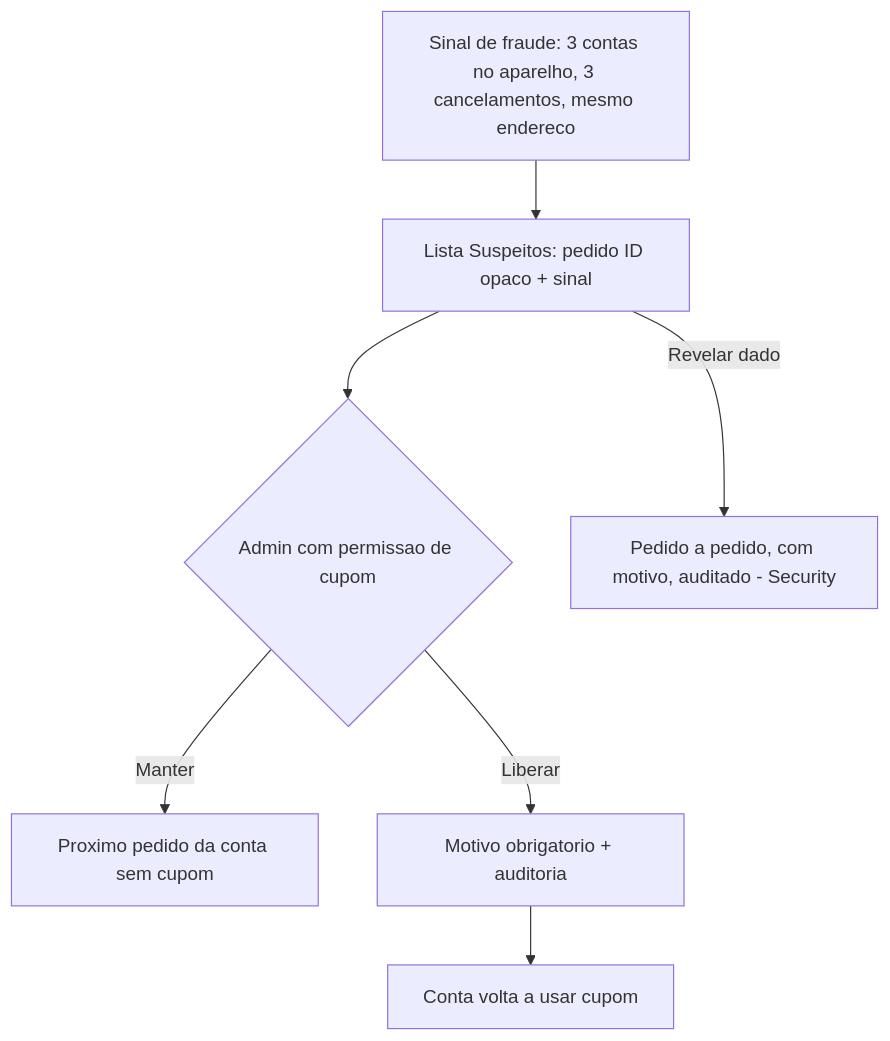
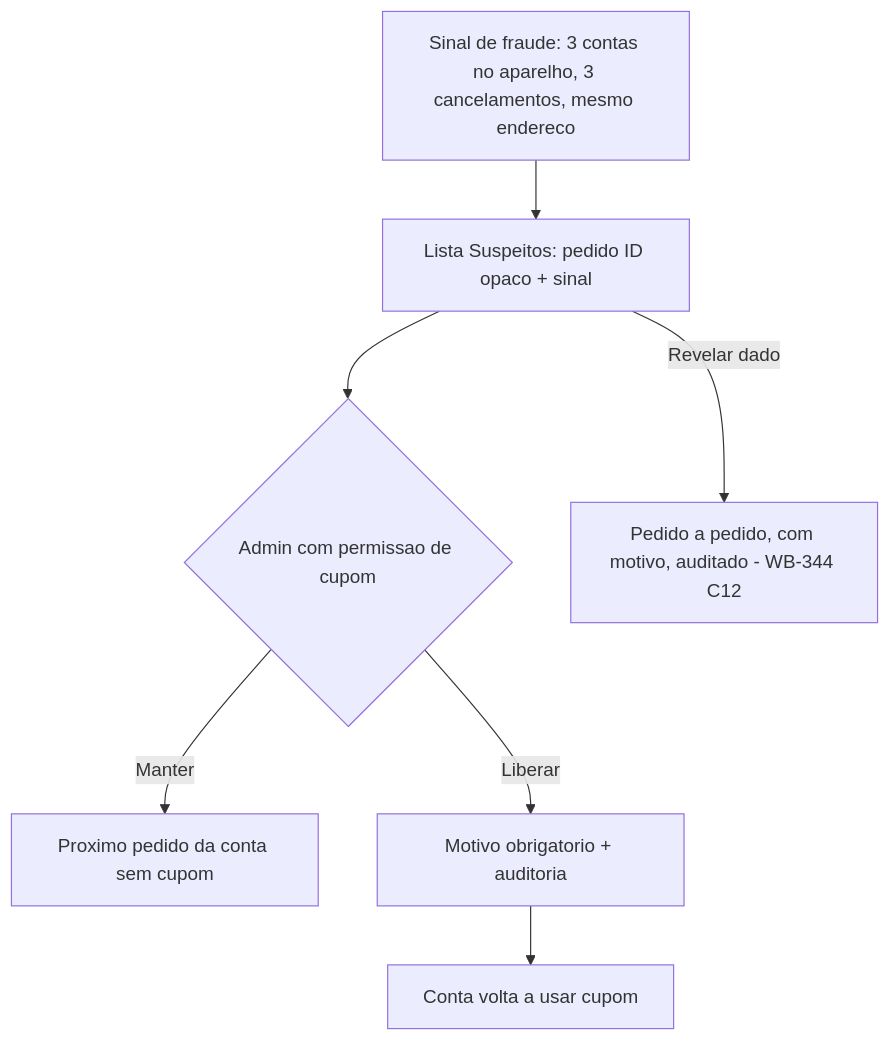
Before and after one commit to yagogavilan/webag: the fourth of 4 diagrams in docs/design/fluxos/v1-1-cupons.md, drawn with Mermaid. The commit also changed other lines of this file and 9 other files, not shown here.

````diff
--- a/docs/design/fluxos/v1-1-cupons.md
+++ b/docs/design/fluxos/v1-1-cupons.md
@@ -92,8 +98,8 @@
 ```mermaid
 flowchart TD
   SG[Sinal de fraude: 3 contas no aparelho, 3 cancelamentos, mesmo endereco] --> SP[Lista Suspeitos: pedido ID opaco + sinal]
   SP --> DEC{Admin com permissao de cupom}
   DEC -->|Manter| M[Proximo pedido da conta sem cupom]
   DEC -->|Liberar| L[Motivo obrigatorio + auditoria] --> OK[Conta volta a usar cupom]
-  SP -->|Revelar dado| RV[Pedido a pedido, com motivo, auditado - Security]
+  SP -->|Revelar dado| RV[Pedido a pedido, com motivo, auditado - WB-344 C12]
 ```
````
